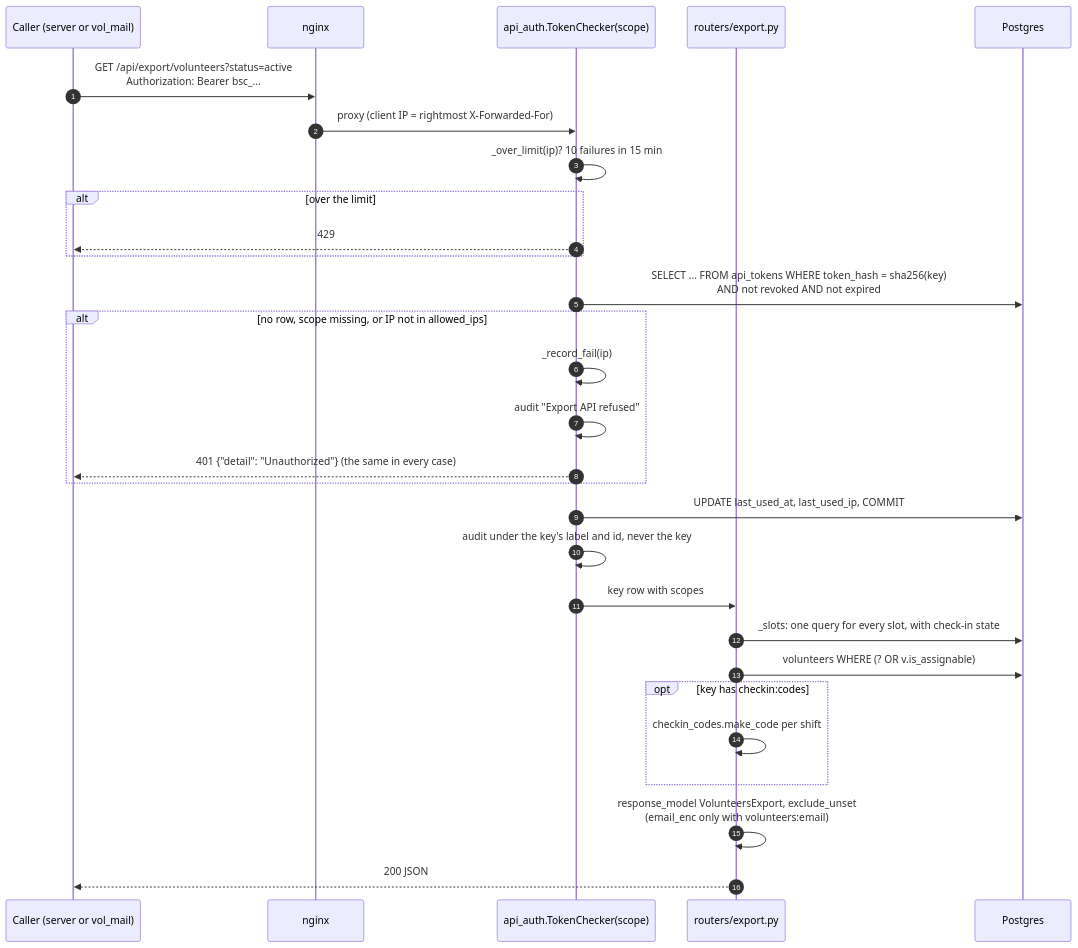
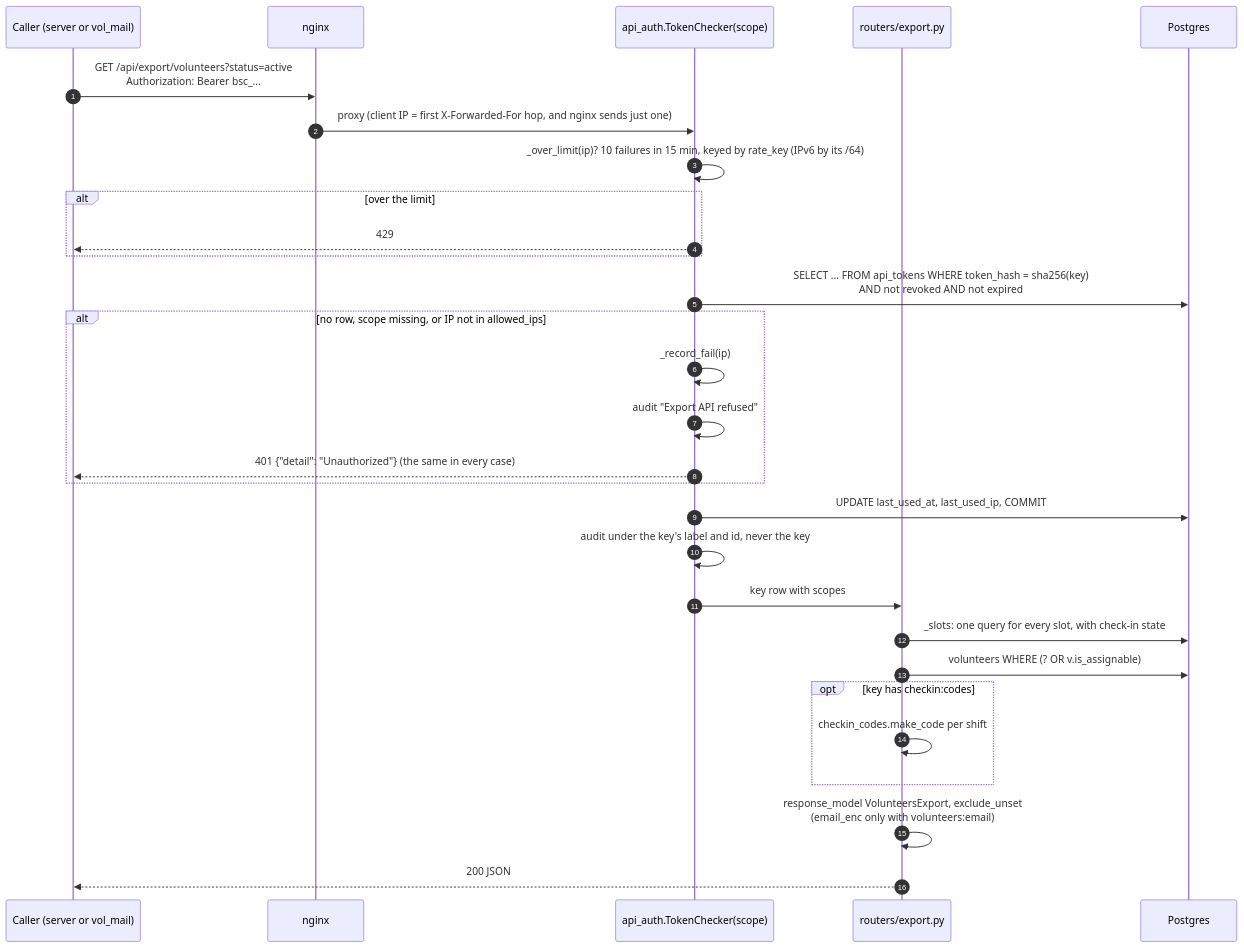
Before and after one commit to securgeek/volunteer-manager: the sixth of 13 diagrams in docs/architecture/interactions.md, drawn with Mermaid. The commit also changed other lines of this file, not shown here.

Commit message:
Update various interaction diagrams. #3

````diff
--- a/docs/architecture/interactions.md
+++ b/docs/architecture/interactions.md
@@ -305,32 +339,32 @@
 ```mermaid
 sequenceDiagram
     autonumber
     participant C as Caller (server or vol_mail)
     participant NG as nginx
     participant T as api_auth.TokenChecker(scope)
     participant E as routers/export.py
     participant PG as Postgres
 
     C->>NG: GET /api/export/volunteers?status=active<br/>Authorization: Bearer bsc_...
-    NG->>T: proxy (client IP = rightmost X-Forwarded-For)
-    T->>T: _over_limit(ip)? 10 failures in 15 min
+    NG->>T: proxy (client IP = first X-Forwarded-For hop, and nginx sends just one)
+    T->>T: _over_limit(ip)? 10 failures in 15 min, keyed by rate_key (IPv6 by its /64)
     alt over the limit
         T-->>C: 429
     end
     T->>PG: SELECT ... FROM api_tokens WHERE token_hash = sha256(key)<br/>AND not revoked AND not expired
     alt no row, scope missing, or IP not in allowed_ips
         T->>T: _record_fail(ip)
         T->>T: audit "Export API refused"
         T-->>C: 401 {"detail": "Unauthorized"} (the same in every case)
     end
     T->>PG: UPDATE last_used_at, last_used_ip, COMMIT
     T->>T: audit under the key's label and id, never the key
     T->>E: key row with scopes
     E->>PG: _slots: one query for every slot, with check-in state
     E->>PG: volunteers WHERE (? OR v.is_assignable)
     opt key has checkin:codes
         E->>E: checkin_codes.make_code per shift
     end
     E->>E: response_model VolunteersExport, exclude_unset<br/>(email_enc only with volunteers:email)
     E-->>C: 200 JSON
 ```
````
